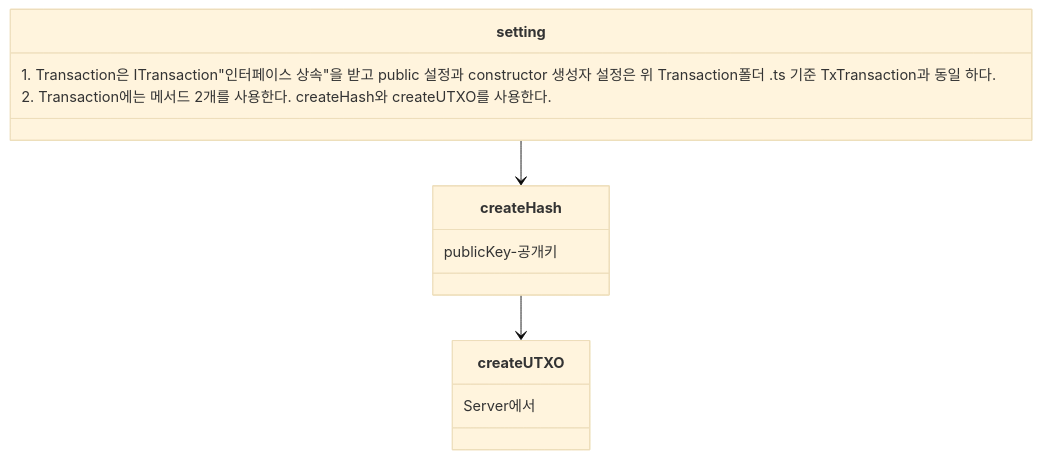
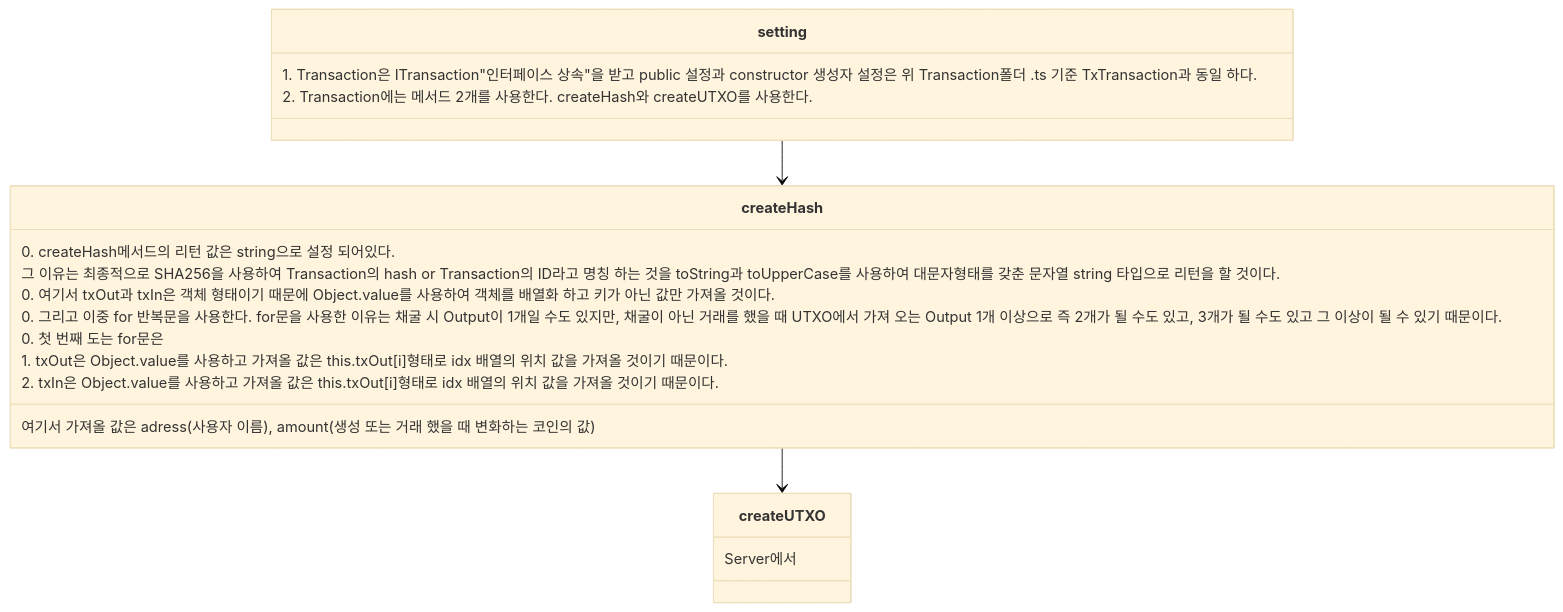
The third of 5 diagrams in chain/block020/block/ReadMe.md (HGWA333/Block), drawn with Mermaid (base theme) before and after one commit. The commit also changed 1 other file, not shown here.

````diff
--- a/chain/block020/block/ReadMe.md
+++ b/chain/block020/block/ReadMe.md
@@ -107,16 +107,26 @@
 ```mermaid
 classDiagram
 setting --> createHash
 createHash --> createUTXO
 class setting{
  1. Transaction은 ITransaction"인터페이스 상속"을 받고 public 설정과 constructor 생성자 설정은 위 Transaction폴더 .ts 기준 TxTransaction과 동일 하다.
  2. Transaction에는 메서드 2개를 사용한다. createHash와 createUTXO를 사용한다.
 }
 class createHash{
-  publicKey-공개키
+  0. createHash메서드의 리턴 값은 string으로 설정 되어있다.
+  그 이유는 최종적으로 SHA256을 사용하여 Transaction의 hash or Transaction의 ID라고 명칭 하는 것을 toString과 toUpperCase를 사용하여 대문자형태를 갖춘 문자열 string 타입으로 리턴을 할 것이다.
+  0. 여기서 txOut과 txIn은 객체 형태이기 때문에 Object.value를 사용하여 객체를 배열화 하고 키가 아닌 값만 가져올 것이다.
+  여기서 가져올 값은 adress(사용자 이름), amount(생성 또는 거래 했을 때 변화하는 코인의 값)
+
+  0. 그리고 이중 for 반복문을 사용한다. for문을 사용한 이유는 채굴 시 Output이 1개일 수도 있지만, 채굴이 아닌 거래를 했을 때 UTXO에서 가져 오는 Output 1개 이상으로 즉 2개가 될 수도 있고, 3개가 될 수도 있고 그 이상이 될 수 있기 때문이다.
+  0. 첫 번째 도는 for문은
+
+  1. txOut은 Object.value를 사용하고 가져올 값은 this.txOut[i]형태로 idx 배열의 위치 값을 가져올 것이기 때문이다.
+
+  2. txIn은 Object.value를 사용하고 가져올 값은 this.txOut[i]형태로 idx 배열의 위치 값을 가져올 것이기 때문이다.
 }
 class createUTXO{
  Server에서
 }
 
 ```
````
